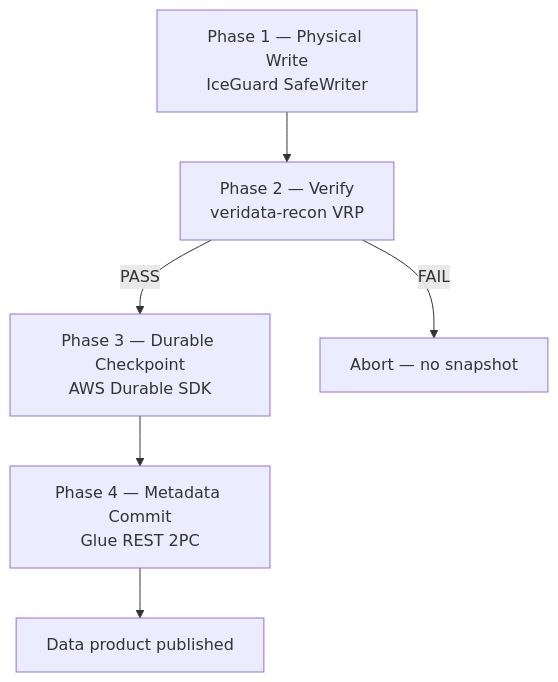
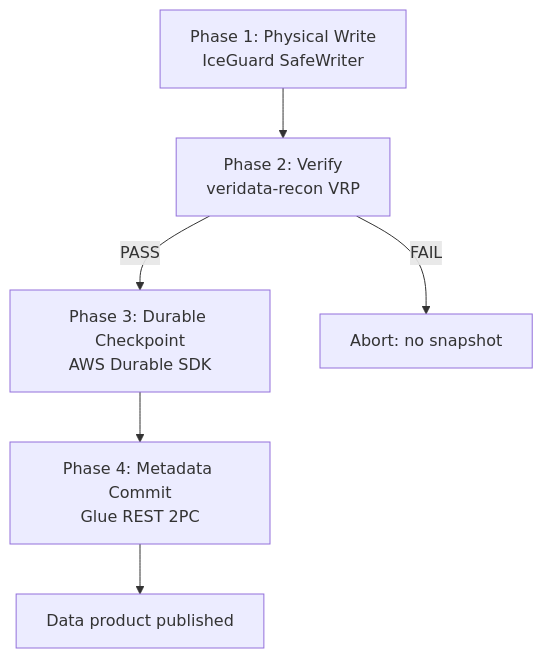
Before and after one commit to vaquarkhan/aws-serverless-datamesh-framework: the third of 3 diagrams in docs/data-mesh-end-to-end.md, drawn with Mermaid. The commit also changed other lines of this file and 30 other files, not shown here.

````diff
--- a/docs/data-mesh-end-to-end.md
+++ b/docs/data-mesh-end-to-end.md
@@ -374,13 +374,13 @@
 ```mermaid
 flowchart TB
-    P1[Phase 1 — Physical Write<br/>IceGuard SafeWriter]
-    P2[Phase 2 — Verify<br/>veridata-recon VRP]
-    P3[Phase 3 — Durable Checkpoint<br/>AWS Durable SDK]
-    P4[Phase 4 — Metadata Commit<br/>Glue REST 2PC]
+    P1[Phase 1: Physical Write<br/>IceGuard SafeWriter]
+    P2[Phase 2: Verify<br/>veridata-recon VRP]
+    P3[Phase 3: Durable Checkpoint<br/>AWS Durable SDK]
+    P4[Phase 4: Metadata Commit<br/>Glue REST 2PC]
 
     P1 --> P2
     P2 -->|PASS| P3
-    P2 -->|FAIL| ABORT[Abort — no snapshot]
+    P2 -->|FAIL| ABORT[Abort: no snapshot]
     P3 --> P4
     P4 --> DONE[Data product published]
 ```
````
